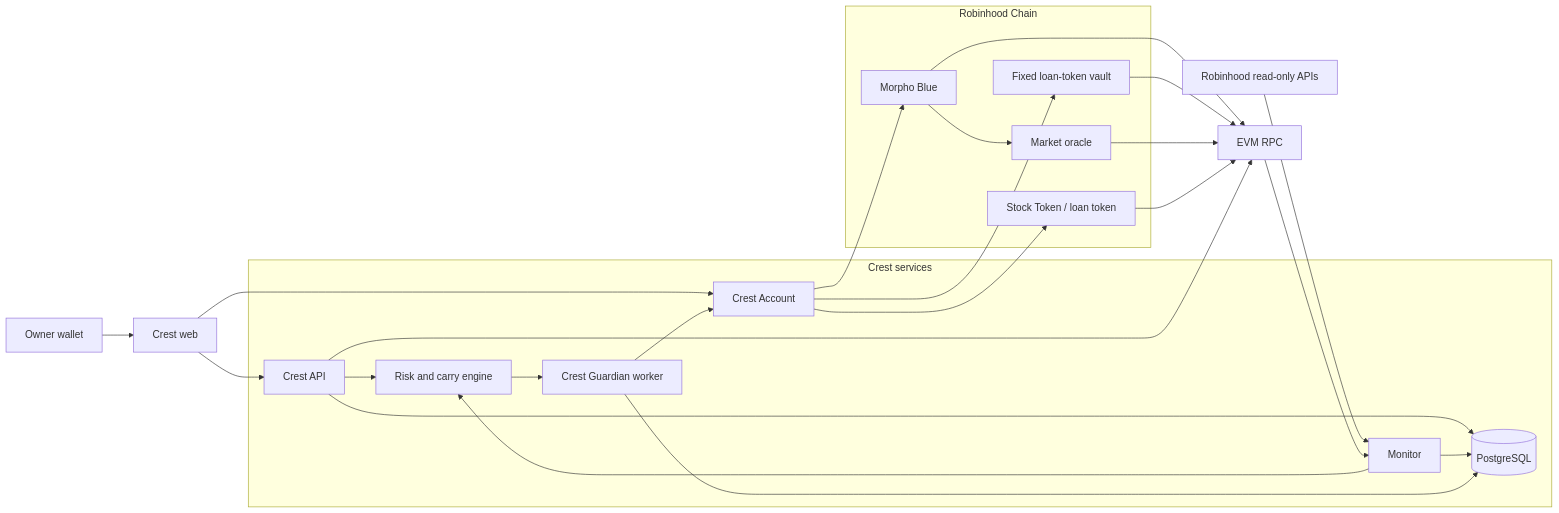
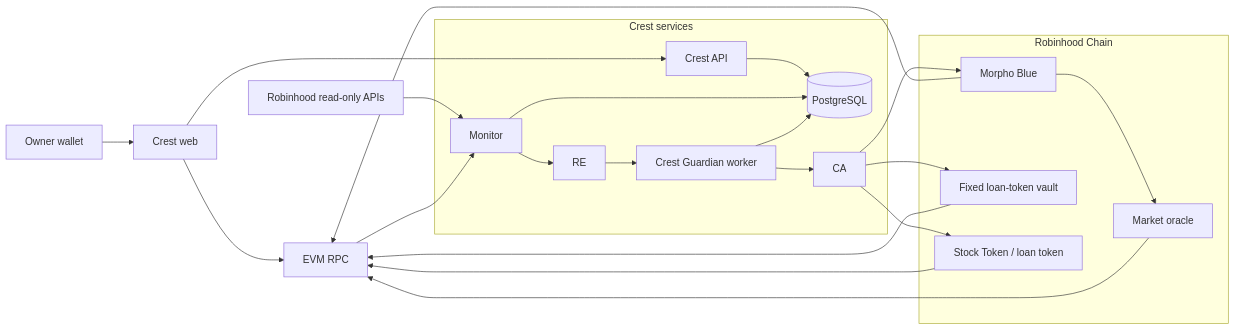
One commit to Dylansius11/crest changed the first of 5 diagrams in docs/technical/ARCHITECTURE.md. Above: the diagram before and after it, drawn with Mermaid. The commit also changed other lines of this file and 9 other files, not shown here.

First line of the commit message:
feat(api): expose canonical recorded account evidence

````diff
--- a/docs/technical/ARCHITECTURE.md
+++ b/docs/technical/ARCHITECTURE.md
@@ -22,31 +22,29 @@
 ```mermaid
 flowchart LR
   O[Owner wallet] --> W[Crest web]
   W --> API[Crest API]
-  W --> CA[Crest Account]
+  W --> RPC
 
   subgraph Offchain[Crest services]
     API --> DB[(PostgreSQL)]
-    API --> RE[Risk and carry engine]
     MON[Monitor] --> RE
     G[Crest Guardian worker] --> CA
     MON --> DB
     G --> DB
   end
 
   subgraph Robinhood[Robinhood Chain]
     CA --> MORPHO[Morpho Blue]
     CA --> VAULT[Fixed loan-token vault]
     MORPHO --> ORACLE[Market oracle]
     CA --> TOKENS[Stock Token / loan token]
   end
 
   RH[Robinhood read-only APIs] --> MON
   RPC[EVM RPC] --> MON
-  API --> RPC
   RE --> G
   MORPHO --> RPC
   VAULT --> RPC
   ORACLE --> RPC
   TOKENS --> RPC
 ```
````
